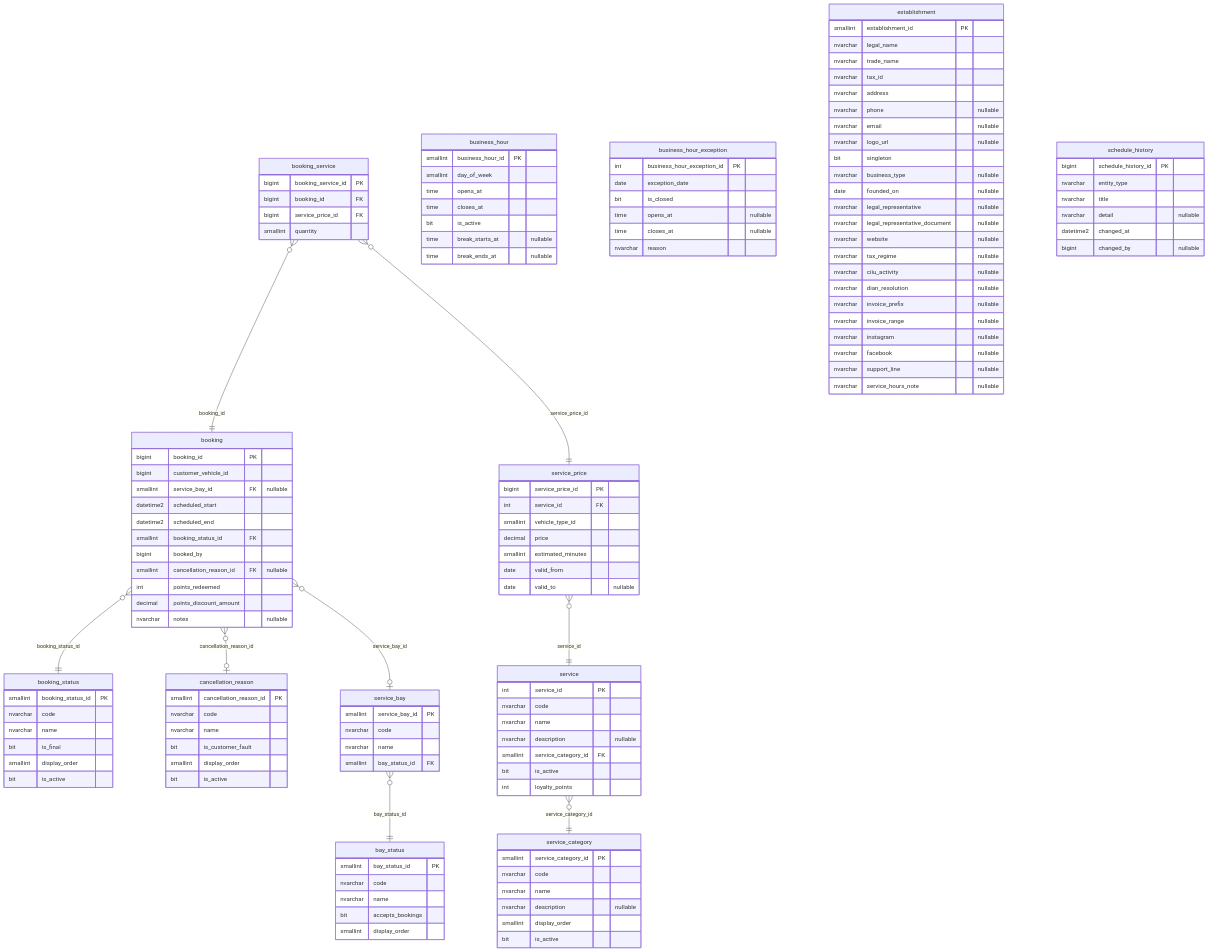
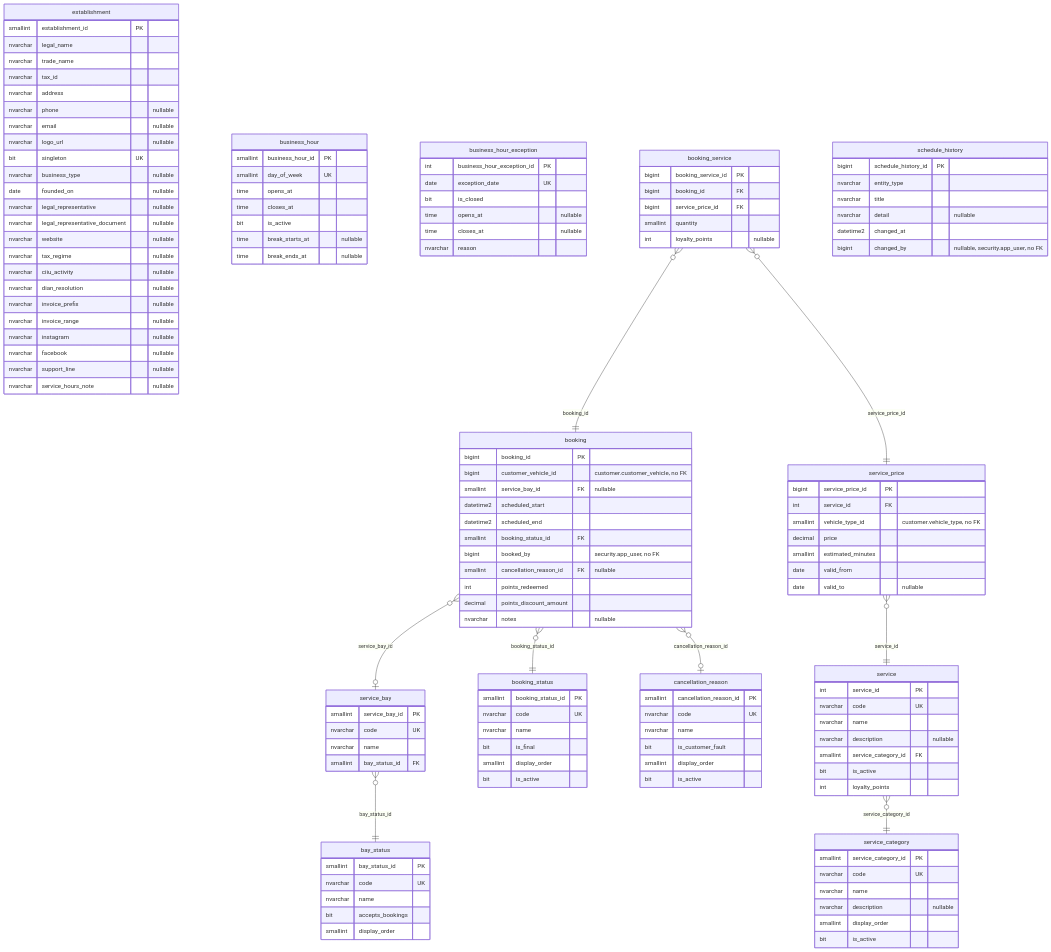
The diagram in 08-uml/diagrams/source/erd-booking.md (code-sena/vehicle-w-docs), drawn with Mermaid before and after one commit. The commit also changed other lines of this file and 1 other file, not shown here.

First line of the commit message:
docs(data): rebuild the booking data model and ER diagram, with the booking line points of 043

````diff
--- a/08-uml/diagrams/source/erd-booking.md
+++ b/08-uml/diagrams/source/erd-booking.md
@@ -7,63 +5,30 @@
 ```mermaid
 erDiagram
-    bay_status {
-        smallint bay_status_id PK
-        nvarchar code
+    service_category {
+        smallint service_category_id PK
+        nvarchar code UK
         nvarchar name
-        bit accepts_bookings
-        smallint display_order
-    }
-    booking {
-        bigint booking_id PK
-        bigint customer_vehicle_id
-        smallint service_bay_id FK "nullable"
-        datetime2 scheduled_start
-        datetime2 scheduled_end
-        smallint booking_status_id FK
-        bigint booked_by
-        smallint cancellation_reason_id FK "nullable"
-        int points_redeemed
-        decimal points_discount_amount
-        nvarchar notes "nullable"
-    }
-    booking_service {
-        bigint booking_service_id PK
-        bigint booking_id FK
-        bigint service_price_id FK
-        smallint quantity
-    }
-    booking_status {
-        smallint booking_status_id PK
-        nvarchar code
-        nvarchar name
-        bit is_final
+        nvarchar description "nullable"
         smallint display_order
         bit is_active
     }
-    business_hour {
-        smallint business_hour_id PK
-        smallint day_of_week
-        time opens_at
-        time closes_at
+    service {
+        int service_id PK
+        nvarchar code UK
+        nvarchar name
+        nvarchar description "nullable"
+        smallint service_category_id FK
         bit is_active
-        time break_starts_at "nullable"
-        time break_ends_at "nullable"
+        int loyalty_points
     }
-    business_hour_exception {
-        int business_hour_exception_id PK
-        date exception_date
-        bit is_closed
-        time opens_at "nullable"
-        time closes_at "nullable"
-        nvarchar reason
-    }
-    cancellation_reason {
-        smallint cancellation_reason_id PK
-        nvarchar code
-        nvarchar name
-        bit is_customer_fault
-        smallint display_order
-        bit is_active
+    service_price {
+        bigint service_price_id PK
+        int service_id FK
+        smallint vehicle_type_id "customer.vehicle_type, no FK"
+        decimal price
+        smallint estimated_minutes
+        date valid_from
+        date valid_to "nullable"
     }
     establishment {
         smallint establishment_id PK
@@ -74,7 +39,7 @@
         nvarchar phone "nullable"
         nvarchar email "nullable"
         nvarchar logo_url "nullable"
-        bit singleton
+        bit singleton UK
         nvarchar business_type "nullable"
         date founded_on "nullable"
         nvarchar legal_representative "nullable"
@@ -90,52 +55,86 @@
         nvarchar support_line "nullable"
         nvarchar service_hours_note "nullable"
     }
+    business_hour {
+        smallint business_hour_id PK
+        smallint day_of_week UK
+        time opens_at
+        time closes_at
+        bit is_active
+        time break_starts_at "nullable"
+        time break_ends_at "nullable"
+    }
+    business_hour_exception {
+        int business_hour_exception_id PK
+        date exception_date UK
+        bit is_closed
+        time opens_at "nullable"
+        time closes_at "nullable"
+        nvarchar reason
+    }
+    service_bay {
+        smallint service_bay_id PK
+        nvarchar code UK
+        nvarchar name
+        smallint bay_status_id FK
+    }
+    booking_status {
+        smallint booking_status_id PK
+        nvarchar code UK
+        nvarchar name
+        bit is_final
+        smallint display_order
+        bit is_active
+    }
+    cancellation_reason {
+        smallint cancellation_reason_id PK
+        nvarchar code UK
+        nvarchar name
+        bit is_customer_fault
+        smallint display_order
+        bit is_active
+    }
+    booking {
+        bigint booking_id PK
+        bigint customer_vehicle_id "customer.customer_vehicle, no FK"
+        smallint service_bay_id FK "nullable"
+        datetime2 scheduled_start
+        datetime2 scheduled_end
+        smallint booking_status_id FK
+        bigint booked_by "security.app_user, no FK"
+        smallint cancellation_reason_id FK "nullable"
+        int points_redeemed
+        decimal points_discount_amount
+        nvarchar notes "nullable"
+    }
+    booking_service {
+        bigint booking_service_id PK
+        bigint booking_id FK
+        bigint service_price_id FK
+        smallint quantity
+        int loyalty_points "nullable"
+    }
+    bay_status {
+        smallint bay_status_id PK
+        nvarchar code UK
+        nvarchar name
+        bit accepts_bookings
+        smallint display_order
+    }
     schedule_history {
         bigint schedule_history_id PK
         nvarchar entity_type
         nvarchar title
         nvarchar detail "nullable"
         datetime2 changed_at
-        bigint changed_by "nullable"
+        bigint changed_by "nullable, security.app_user, no FK"
     }
-    service_bay {
-        smallint service_bay_id PK
-        nvarchar code
-        nvarchar name
-        smallint bay_status_id FK
-    }
-    service {
-        int service_id PK
-        nvarchar code
-        nvarchar name
-        nvarchar description "nullable"
-        smallint service_category_id FK
-        bit is_active
-        int loyalty_points
-    }
-    service_category {
-        smallint service_category_id PK
-        nvarchar code
-        nvarchar name
-        nvarchar description "nullable"
-        smallint display_order
-        bit is_active
-    }
-    service_price {
-        bigint service_price_id PK
-        int service_id FK
-        smallint vehicle_type_id
-        decimal price
-        smallint estimated_minutes
-        date valid_from
-        date valid_to "nullable"
-    }
+    service }o--|| service_category : "service_category_id"
+    service_price }o--|| service : "service_id"
+    service_bay }o--|| bay_status : "bay_status_id"
     booking }o--o| service_bay : "service_bay_id"
     booking }o--|| booking_status : "booking_status_id"
     booking }o--o| cancellation_reason : "cancellation_reason_id"
     booking_service }o--|| booking : "booking_id"
     booking_service }o--|| service_price : "service_price_id"
-    service_bay }o--|| bay_status : "bay_status_id"
-    service }o--|| service_category : "service_category_id"
-    service_price }o--|| service : "service_id"
 ```
````
